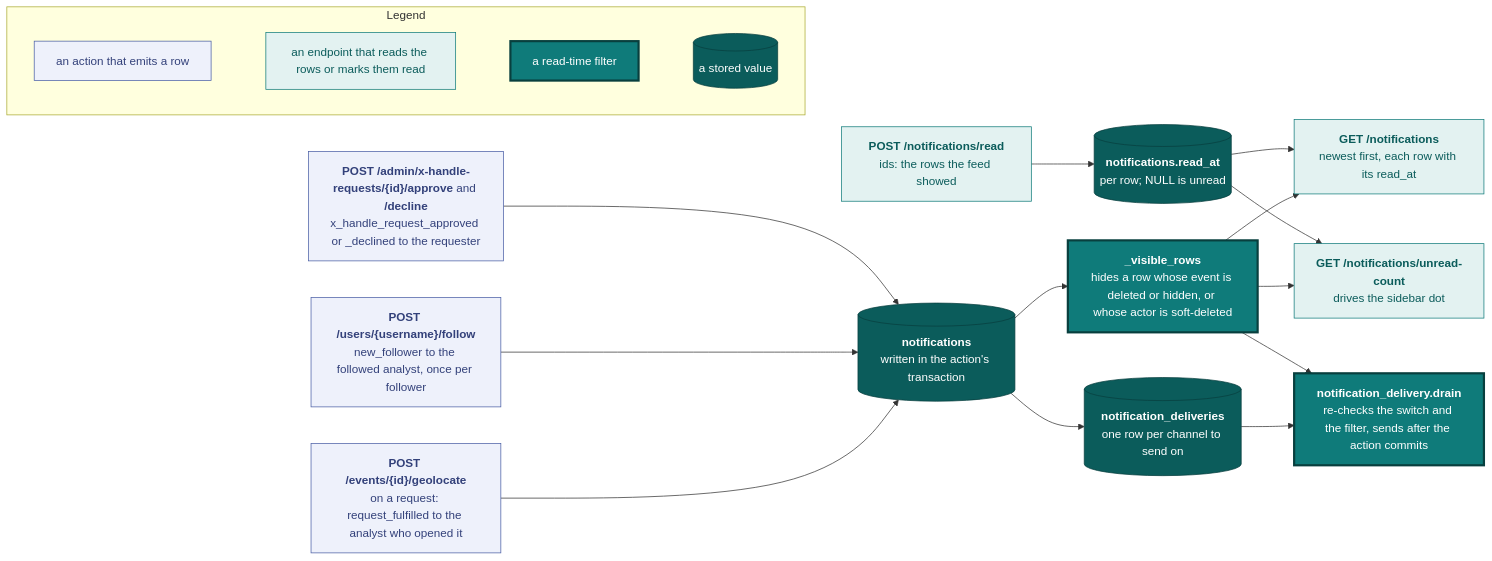
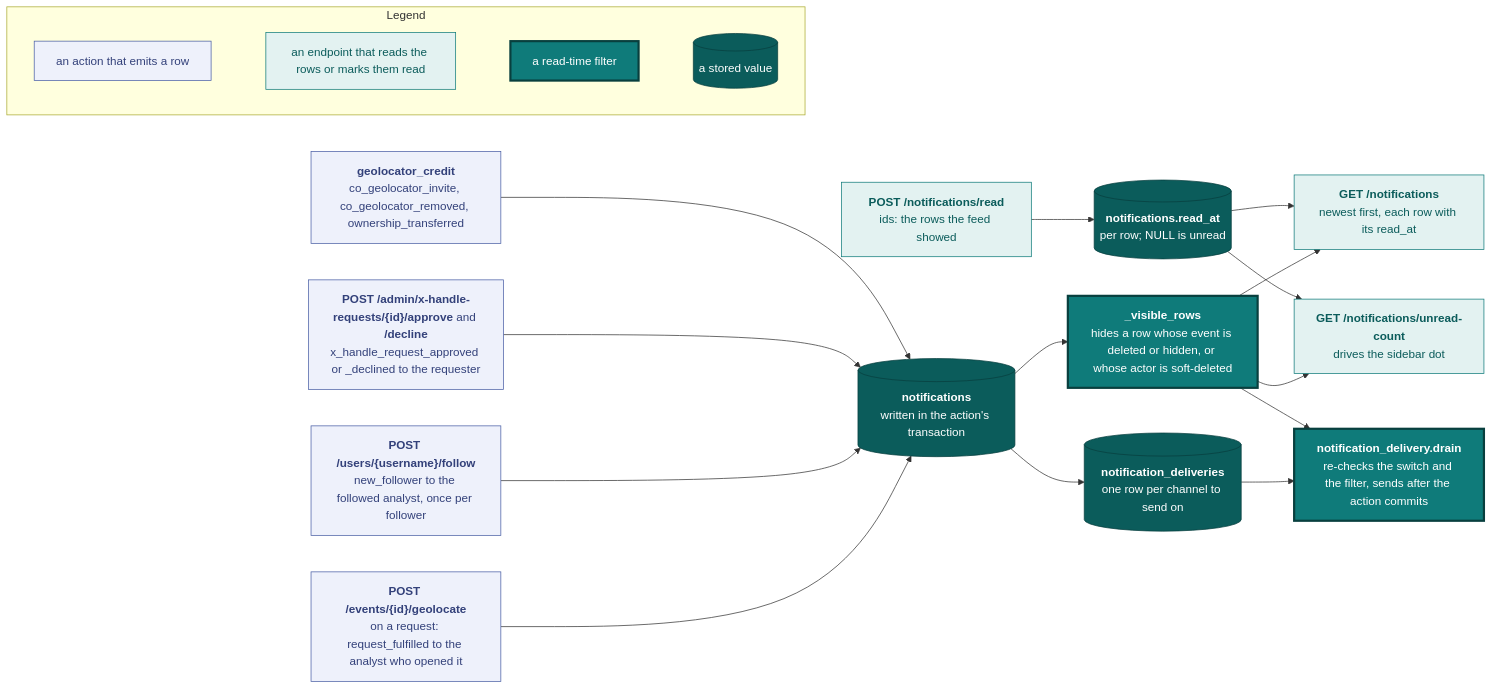
The fifth of 5 diagrams in docs/api.md (vidithq/vidit), drawn with Mermaid before and after one commit. The commit also changed other lines of this file and 70 other files, not shown here.

````diff
--- a/docs/api.md
+++ b/docs/api.md
@@ -2003,51 +2156,54 @@
 ```mermaid
 flowchart LR
   classDef spec fill:#eef1fb,stroke:#4a5fa5,color:#33417a
   classDef shared fill:#e3f2f1,stroke:#0f7b7a,color:#0b5c5b
   classDef core fill:#0f7b7a,stroke:#083f3e,stroke-width:3px,color:#ffffff
   classDef store fill:#0b5c5b,stroke:#083f3e,color:#ffffff
 
   subgraph legend [Legend]
     direction LR
     l1["`an action that emits a row`"]:::spec
     l2["`an endpoint that reads the rows or marks them read`"]:::shared
     l3["`a read-time filter`"]:::core
     l4[("`a stored value`")]:::store
     l1 ~~~ l2 ~~~ l3 ~~~ l4
   end
 
   geolocate["`**POST /events/{id}/geolocate**
   on a request: request_fulfilled to the analyst who opened it`"]:::spec
   follow["`**POST /users/{username}/follow**
   new_follower to the followed analyst, once per follower`"]:::spec
   xhandle["`**POST /admin/x-handle-requests/{id}/approve** and **/decline**
   x_handle_request_approved or _declined to the requester`"]:::spec
+  credit["`**geolocator_credit**
+  co_geolocator_invite, co_geolocator_removed, ownership_transferred`"]:::spec
   rows[("`**notifications**
   written in the action's transaction`")]:::store
   visible["`**_visible_rows**
   hides a row whose event is deleted or hidden, or whose actor is soft-deleted`"]:::core
   feed["`**GET /notifications**
   newest first, each row with its read_at`"]:::shared
   count["`**GET /notifications/unread-count**
   drives the sidebar dot`"]:::shared
   read["`**POST /notifications/read**
   ids: the rows the feed showed`"]:::shared
   readat[("`**notifications.read_at**
   per row; NULL is unread`")]:::store
   queue[("`**notification_deliveries**
   one row per channel to send on`")]:::store
   worker["`**notification_delivery.drain**
   re-checks the switch and the filter, sends after the action commits`"]:::core
 
   geolocate --> rows
   follow --> rows
   xhandle --> rows
+  credit --> rows
   rows --> visible
   visible --> feed
   visible --> count
   read --> readat
   readat --> count
   readat --> feed
   rows --> queue --> worker
   visible --> worker
 ```
````
